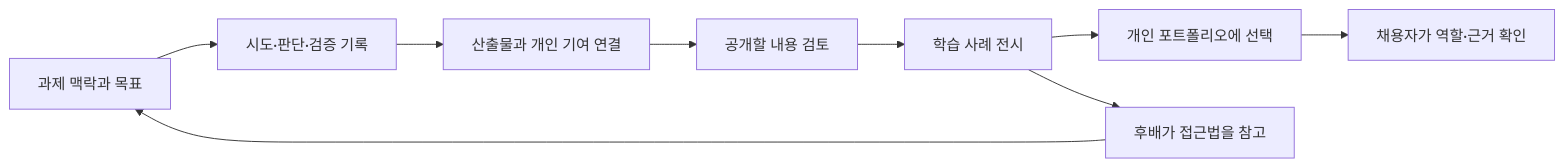
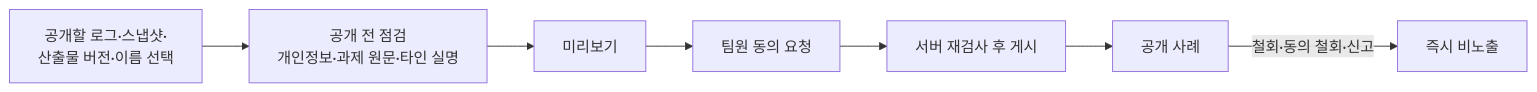
Before and after one commit to polynomeer/peerchive: the third of 3 diagrams in docs/PROOFU_EVOLUTION_PLAN.md, drawn with Mermaid. The commit also changed other lines of this file and 10 other files, not shown here.

````diff
--- a/docs/PROOFU_EVOLUTION_PLAN.md
+++ b/docs/PROOFU_EVOLUTION_PLAN.md
@@ -61,11 +362,9 @@
 ```mermaid
 flowchart LR
-    A[과제 맥락과 목표] --> B[시도·판단·검증 기록]
-    B --> C[산출물과 개인 기여 연결]
-    C --> D[공개할 내용 검토]
-    D --> E[학습 사례 전시]
-    E --> F[개인 포트폴리오에 선택]
-    E --> G[후배가 접근법을 참고]
-    F --> H[채용자가 역할·근거 확인]
-    G --> A
+    A[공개할 로그·스냅샷·<br/>산출물 버전·이름 선택] --> B[공개 전 점검<br/>개인정보·과제 원문·타인 실명]
+    B --> C[미리보기]
+    C --> D[팀원 동의 요청]
+    D --> E[서버 재검사 후 게시]
+    E --> F[공개 사례]
+    F -->|철회·동의 철회·신고| G[즉시 비노출]
 ```
````
